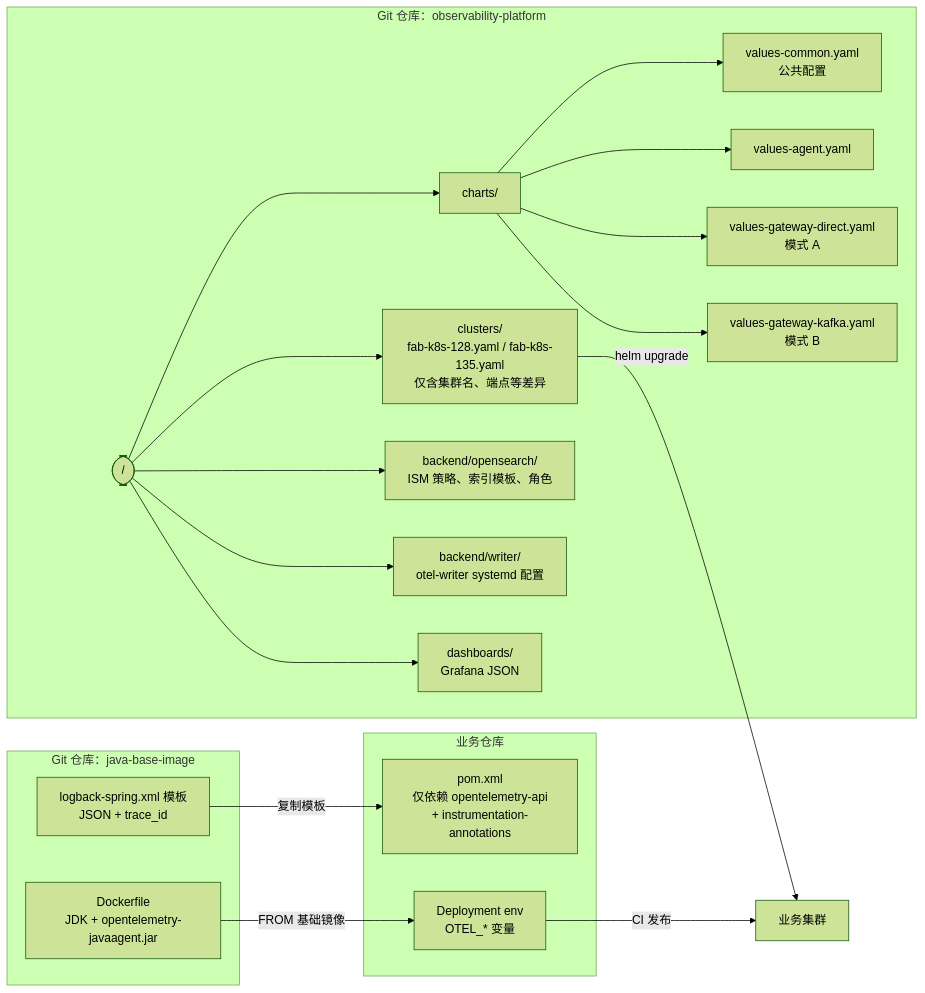
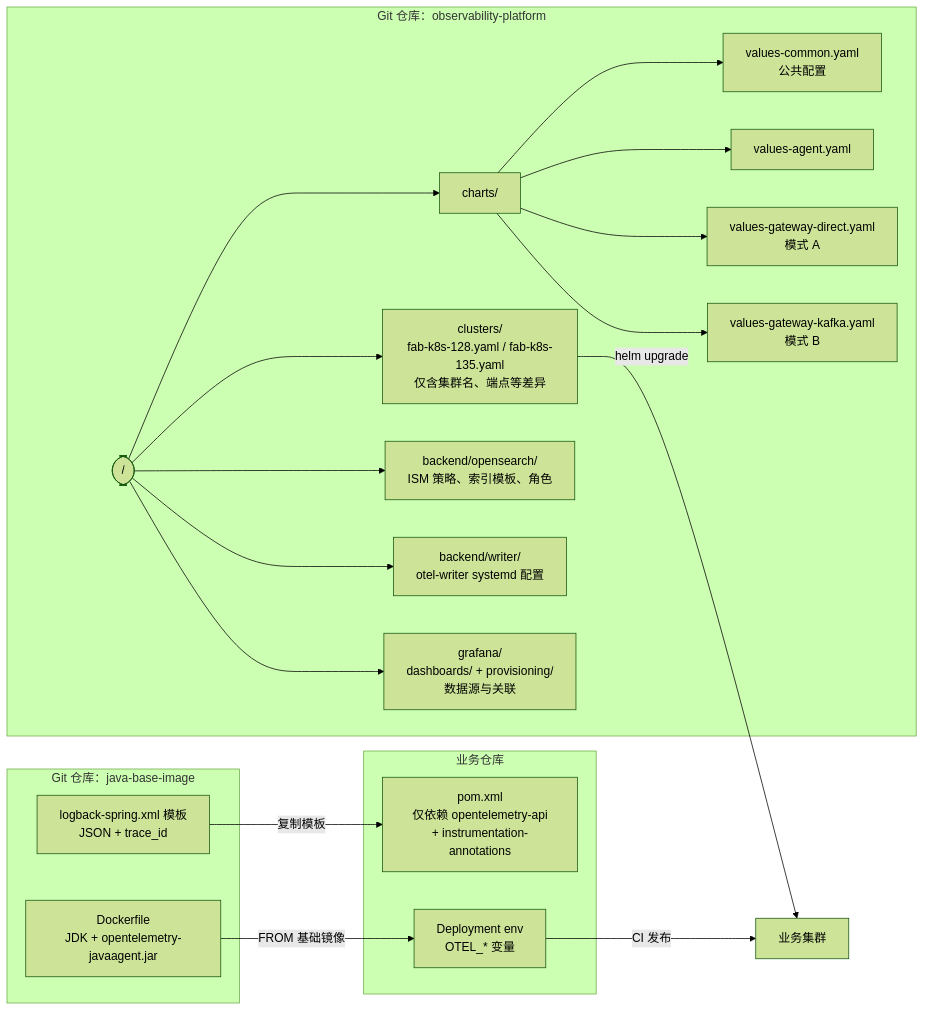
One commit to fatfatcd/myInfra changed the ninth of 19 diagrams in observability/docs/otel-observability-architecture.md. Above: the diagram before and after it, drawn with Mermaid (forest theme). The commit also changed other lines of this file and 65 other files, not shown here.

````diff
--- a/observability/docs/otel-observability-architecture.md
+++ b/observability/docs/otel-observability-architecture.md
@@ -377,31 +648,31 @@
 ```mermaid
 flowchart LR
     subgraph repo["Git 仓库：observability-platform"]
         r0(["/"])
         c0["charts/"]
         c1["values-common.yaml<br/>公共配置"]
         c2["values-agent.yaml"]
         c3["values-gateway-direct.yaml<br/>模式 A"]
         c4["values-gateway-kafka.yaml<br/>模式 B"]
         c5["clusters/<br/>fab-k8s-128.yaml / fab-k8s-135.yaml<br/>仅含集群名、端点等差异"]
         c6["backend/opensearch/<br/>ISM 策略、索引模板、角色"]
         c7["backend/writer/<br/>otel-writer systemd 配置"]
-        c8["dashboards/<br/>Grafana JSON"]
+        c8["grafana/<br/>dashboards/ + provisioning/<br/>数据源与关联"]
         r0 --> c0
         c0 --> c1 & c2 & c3 & c4
         r0 --> c5 & c6 & c7 & c8
     end
     subgraph base["Git 仓库：java-base-image"]
         b1["Dockerfile<br/>JDK + opentelemetry-javaagent.jar"]
         b2["logback-spring.xml 模板<br/>JSON + trace_id"]
     end
     subgraph appRepo["业务仓库"]
         a1["pom.xml<br/>仅依赖 opentelemetry-api<br/>+ instrumentation-annotations"]
         a2["Deployment env<br/>OTEL_* 变量"]
     end
     k8s["业务集群"]
     b1 -- "FROM 基础镜像" --> a2
     b2 -- "复制模板" --> a1
     c5 -- "helm upgrade" --> k8s
     a2 -- "CI 发布" --> k8s
 ```
````
